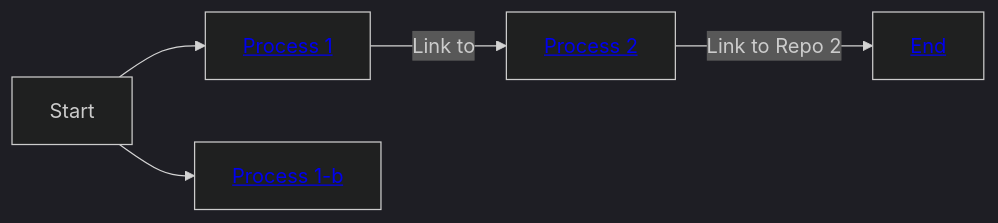
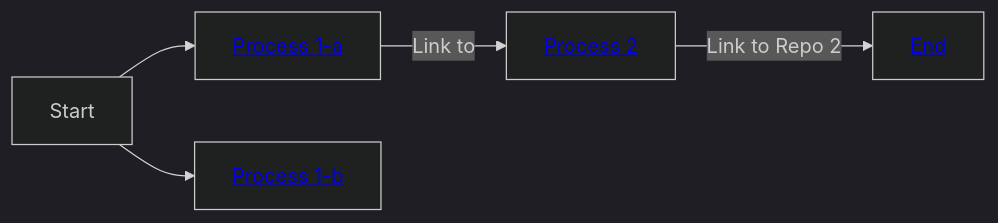
One commit to AlaaDiab7/Mermaid-examples changed the first of 4 diagrams in workflow-a-b-c-d.md. Above: the diagram before and after it, drawn with Mermaid (dark theme).

````diff
--- a/workflow-a-b-c-d.md
+++ b/workflow-a-b-c-d.md
@@ -4,8 +4,8 @@
 ```mermaid
 graph LR;
     A[Start] --> B[<a href='http://github.com/AlaaDiab7'>Process 1-a</a>] ;
     A[Start] --> E[<a href='http://github.com/AlaaDiab7'>Process 1-b</a>] ;
 
-    B[<a href='http://github.com/AlaaDiab7'>Process 1</a>]-->|Link to | C[<a href='http://github.com/wepe/MachineLearning'>Process 2</a>];
+    B[<a href='http://github.com/AlaaDiab7'>Process 1-a</a>]-->|Link to | C[<a href='http://github.com/wepe/MachineLearning'>Process 2</a>];
     C[<a href='http://github.com/wepe/MachineLearning'>Process 2</a>] -->|Link to Repo 2| D[<a href='http://google.com'>End</a>];
 ```
````
